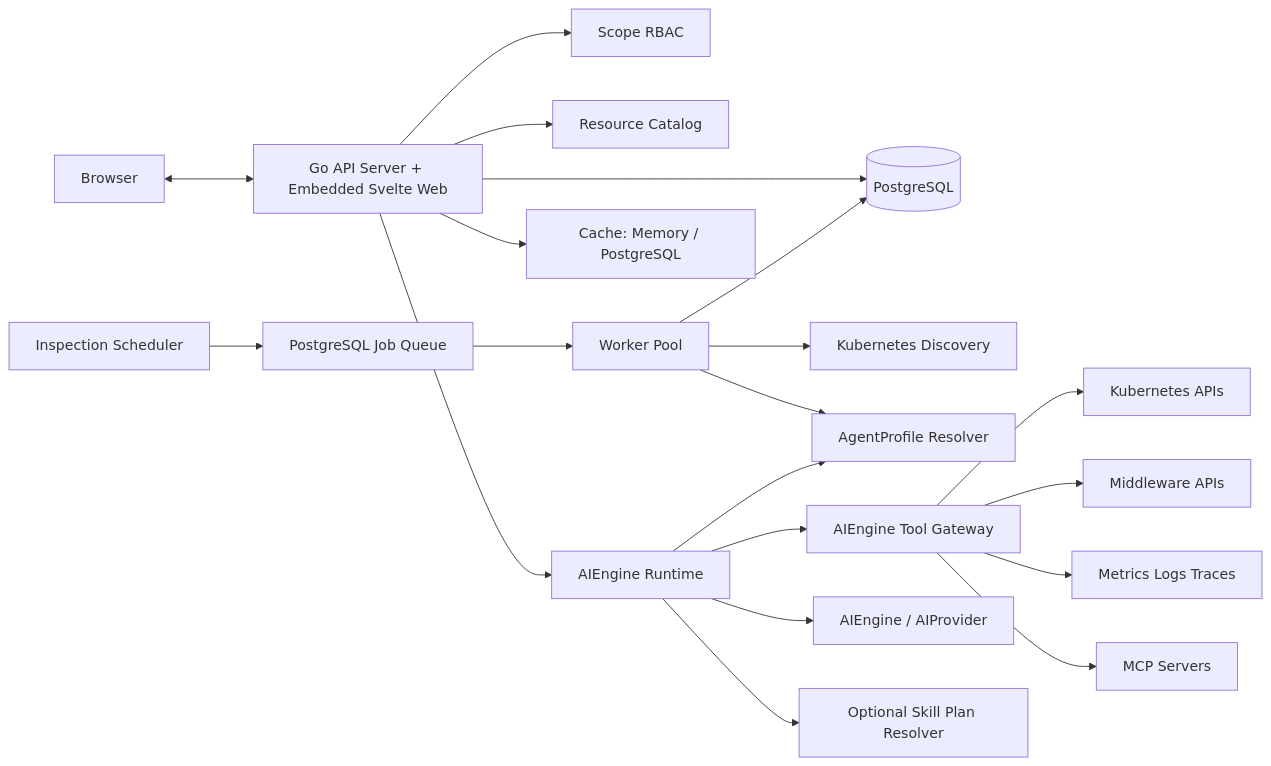
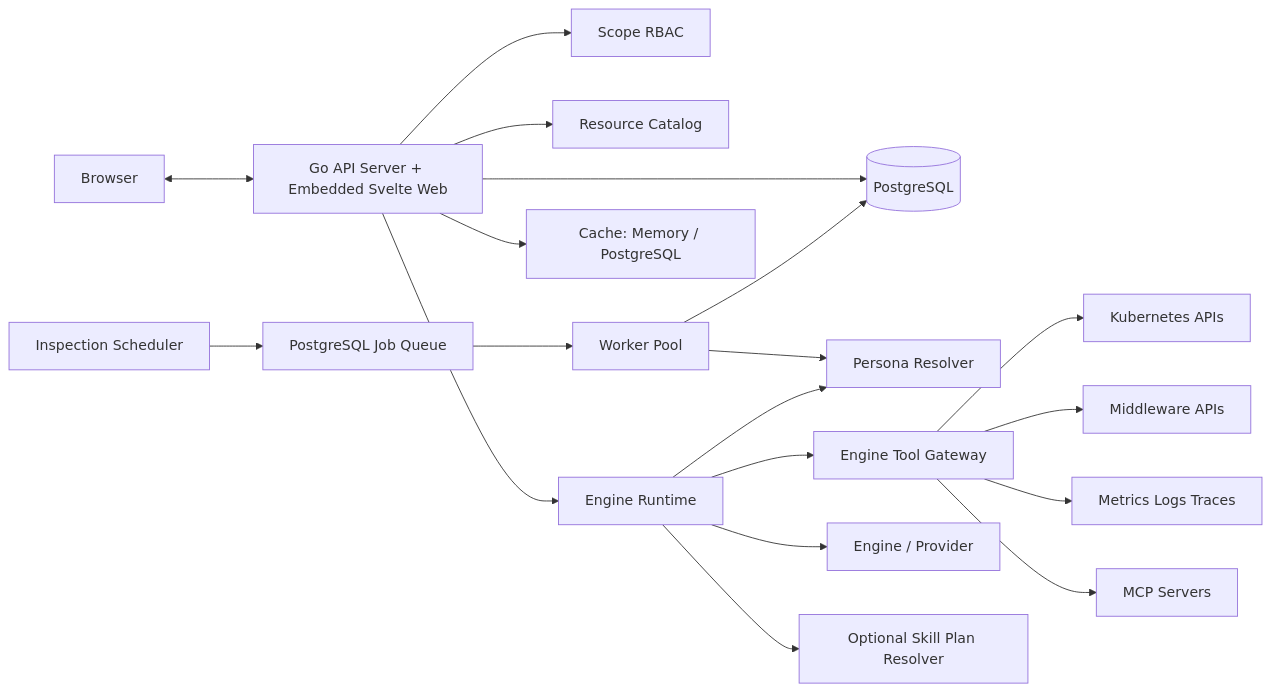
Before and after one commit to xshrim/opskeeper: the diagram in docs/design/architecture.md, drawn with Mermaid. The commit also changed other lines of this file and 263 other files, not shown here.

````diff
--- a/docs/design/architecture.md
+++ b/docs/design/architecture.md
@@ -45,22 +45,21 @@
 ```mermaid
 flowchart LR
     UI[Browser] <--> API[Go API Server + Embedded Svelte Web]
     API --> Auth[Scope RBAC]
     API --> Catalog[Resource Catalog]
-    API --> AI[AIEngine Runtime]
+    API --> AI[Engine Runtime]
     API --> PG[(PostgreSQL)]
     API --> Cache[Cache: Memory / PostgreSQL]
     Scheduler[Inspection Scheduler] --> Jobs[PostgreSQL Job Queue]
     Jobs --> Worker[Worker Pool]
-    Worker --> Discovery[Kubernetes Discovery]
-    Worker --> Profiles[AgentProfile Resolver]
-    AI --> Gateway[AIEngine Tool Gateway]
+    Worker --> Profiles[Persona Resolver]
+    AI --> Gateway[Engine Tool Gateway]
     Gateway --> K8S[Kubernetes APIs]
     Gateway --> Middleware[Middleware APIs]
     Gateway --> Observability[Metrics Logs Traces]
     Gateway --> MCP[MCP Servers]
-    AI --> LLM[AIEngine / AIProvider]
+    AI --> LLM[Engine / Provider]
     AI --> Skills[Optional Skill Plan Resolver]
     AI --> Profiles
     Worker --> PG
 ```
````
